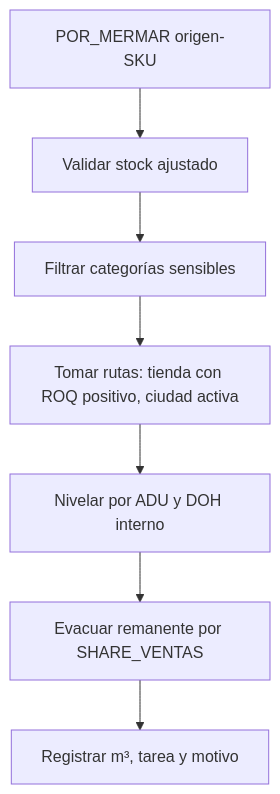
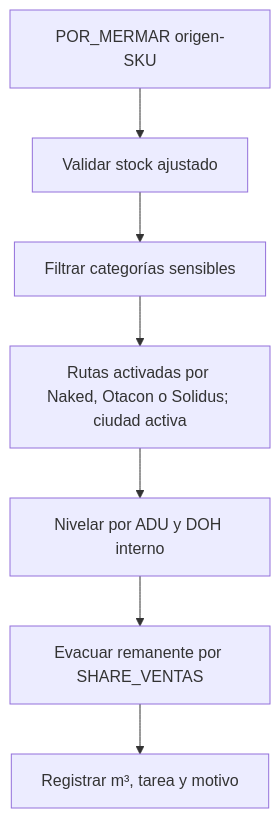
One commit to bryanzuniga-rappi/MOTHER_BASE changed the fifth of 6 diagrams in README.md. Above: the diagram before and after it, drawn with Mermaid. The commit also changed other lines of this file and 22 other files, not shown here.

````diff
--- a/README.md
+++ b/README.md
@@ -408,9 +434,9 @@
 ```mermaid
 flowchart TD
     A["POR_MERMAR origen-SKU"] --> B["Validar stock ajustado"]
     B --> C["Filtrar categorías sensibles"]
-    C --> D["Tomar rutas: tienda con ROQ positivo, ciudad activa"]
+    C --> D["Rutas activadas por Naked, Otacon o Solidus; ciudad activa"]
     D --> E["Nivelar por ADU y DOH interno"]
     E --> F["Evacuar remanente por SHARE_VENTAS"]
     F --> G["Registrar m³, tarea y motivo"]
 ```
````
